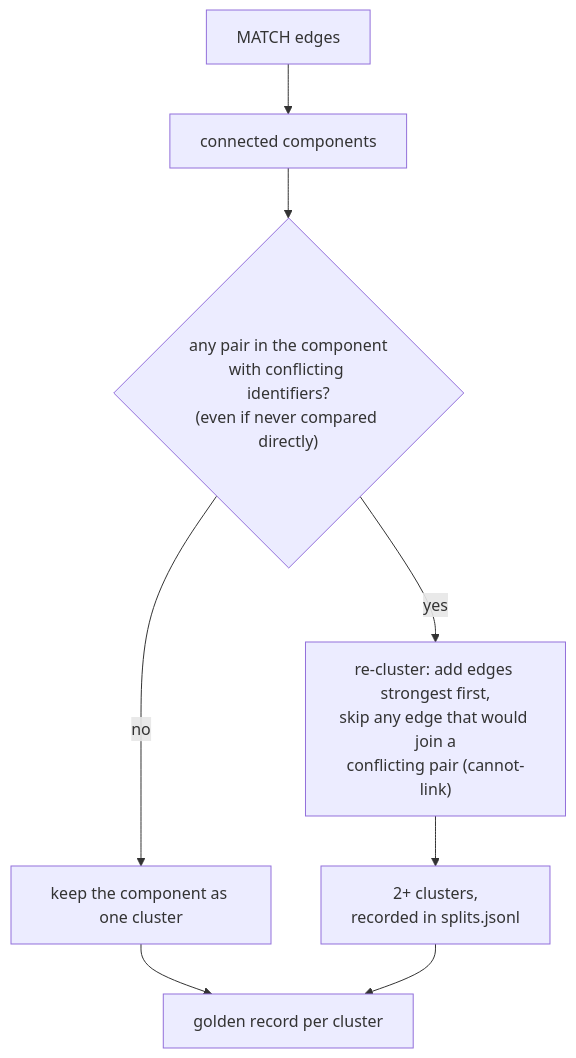
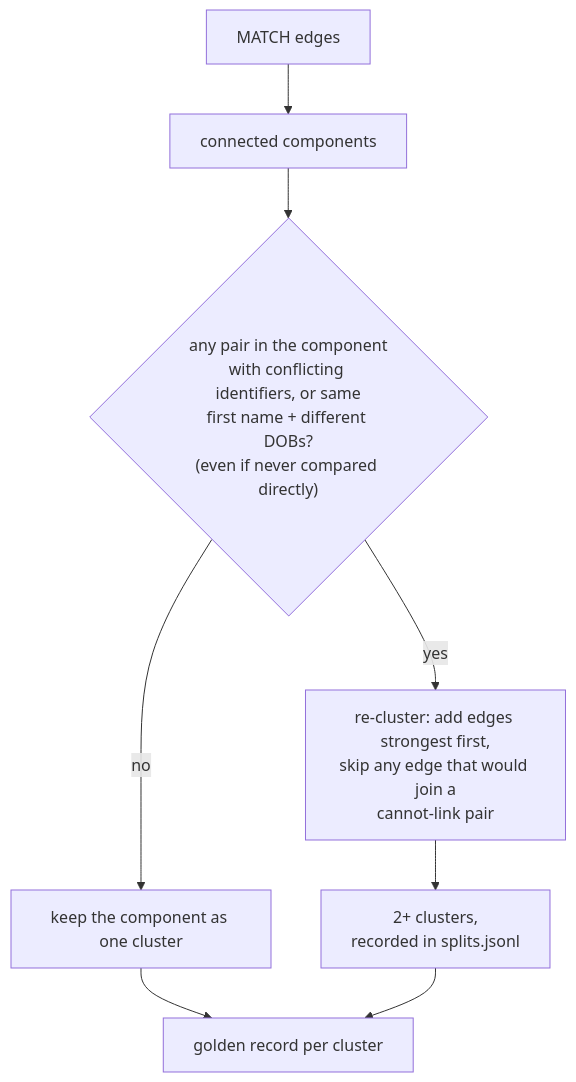
One commit to traycn/entity-resolution changed the third of 4 diagrams in docs/architecture.md. Above: the diagram before and after it, drawn with Mermaid. The commit also changed other lines of this file and 12 other files, not shown here.

Commit message:
fix: DOB mismatch is a clustering cannot-link (v1.1.0)

````diff
--- a/docs/architecture.md
+++ b/docs/architecture.md
@@ -100,10 +100,10 @@
 ```mermaid
 flowchart TD
     edges["MATCH edges"] --> cc["connected components"]
-    cc --> check{"any pair in the component<br/>with conflicting identifiers?<br/>(even if never compared directly)"}
+    cc --> check{"any pair in the component<br/>with conflicting identifiers, or same<br/>first name + different DOBs?<br/>(even if never compared directly)"}
     check -->|no| keep["keep the component as one cluster"]
-    check -->|yes| relink["re-cluster: add edges strongest first,<br/>skip any edge that would join a<br/>conflicting pair (cannot-link)"]
+    check -->|yes| relink["re-cluster: add edges strongest first,<br/>skip any edge that would join a<br/>cannot-link pair"]
     relink --> parts["2+ clusters,<br/>recorded in splits.jsonl"]
     keep --> gold["golden record per cluster"]
     parts --> gold
 ```
````
